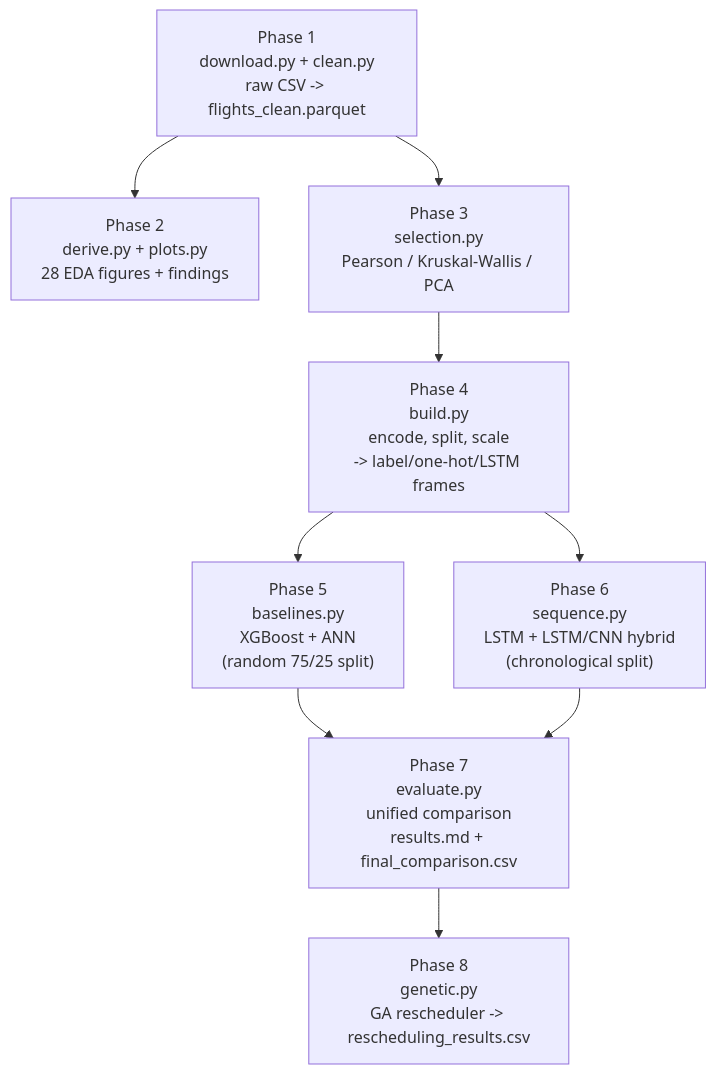
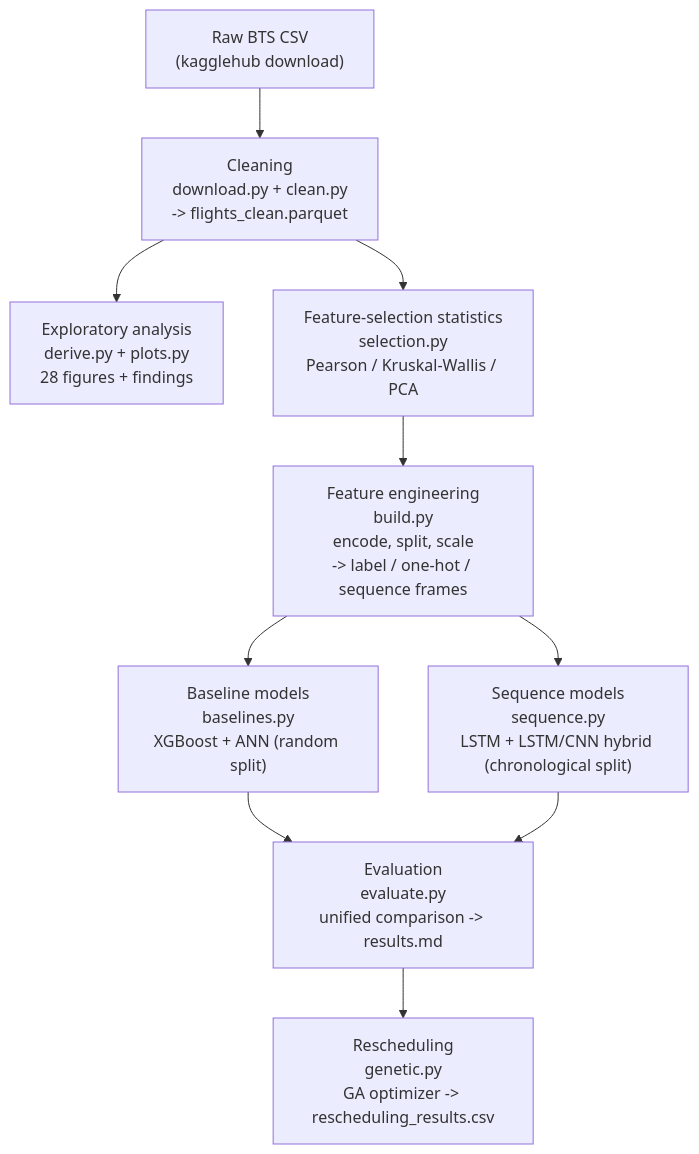
The diagram in README.md (akshat662/flight-delay-prediction), drawn with Mermaid before and after one commit. The commit also changed other lines of this file and 11 other files, not shown here.

````diff
--- a/README.md
+++ b/README.md
@@ -43,11 +55,12 @@
 ```mermaid
 flowchart TD
-    A["Phase 1\ndownload.py + clean.py\nraw CSV -> flights_clean.parquet"] --> B["Phase 2\nderive.py + plots.py\n28 EDA figures + findings"]
-    A --> C["Phase 3\nselection.py\nPearson / Kruskal-Wallis / PCA"]
-    C --> D["Phase 4\nbuild.py\nencode, split, scale\n-> label/one-hot/LSTM frames"]
-    D --> E["Phase 5\nbaselines.py\nXGBoost + ANN\n(random 75/25 split)"]
-    D --> F["Phase 6\nsequence.py\nLSTM + LSTM/CNN hybrid\n(chronological split)"]
-    E --> G["Phase 7\nevaluate.py\nunified comparison\nresults.md + final_comparison.csv"]
-    F --> G
-    G --> H["Phase 8\ngenetic.py\nGA rescheduler -> rescheduling_results.csv"]
+    A["Raw BTS CSV\n(kagglehub download)"] --> B["Cleaning\ndownload.py + clean.py\n-> flights_clean.parquet"]
+    B --> C["Exploratory analysis\nderive.py + plots.py\n28 figures + findings"]
+    B --> D["Feature-selection statistics\nselection.py\nPearson / Kruskal-Wallis / PCA"]
+    D --> E["Feature engineering\nbuild.py\nencode, split, scale\n-> label / one-hot / sequence frames"]
+    E --> F["Baseline models\nbaselines.py\nXGBoost + ANN (random split)"]
+    E --> G["Sequence models\nsequence.py\nLSTM + LSTM/CNN hybrid (chronological split)"]
+    F --> H["Evaluation\nevaluate.py\nunified comparison -> results.md"]
+    G --> H
+    H --> I["Rescheduling\ngenetic.py\nGA optimizer -> rescheduling_results.csv"]
 ```
````
